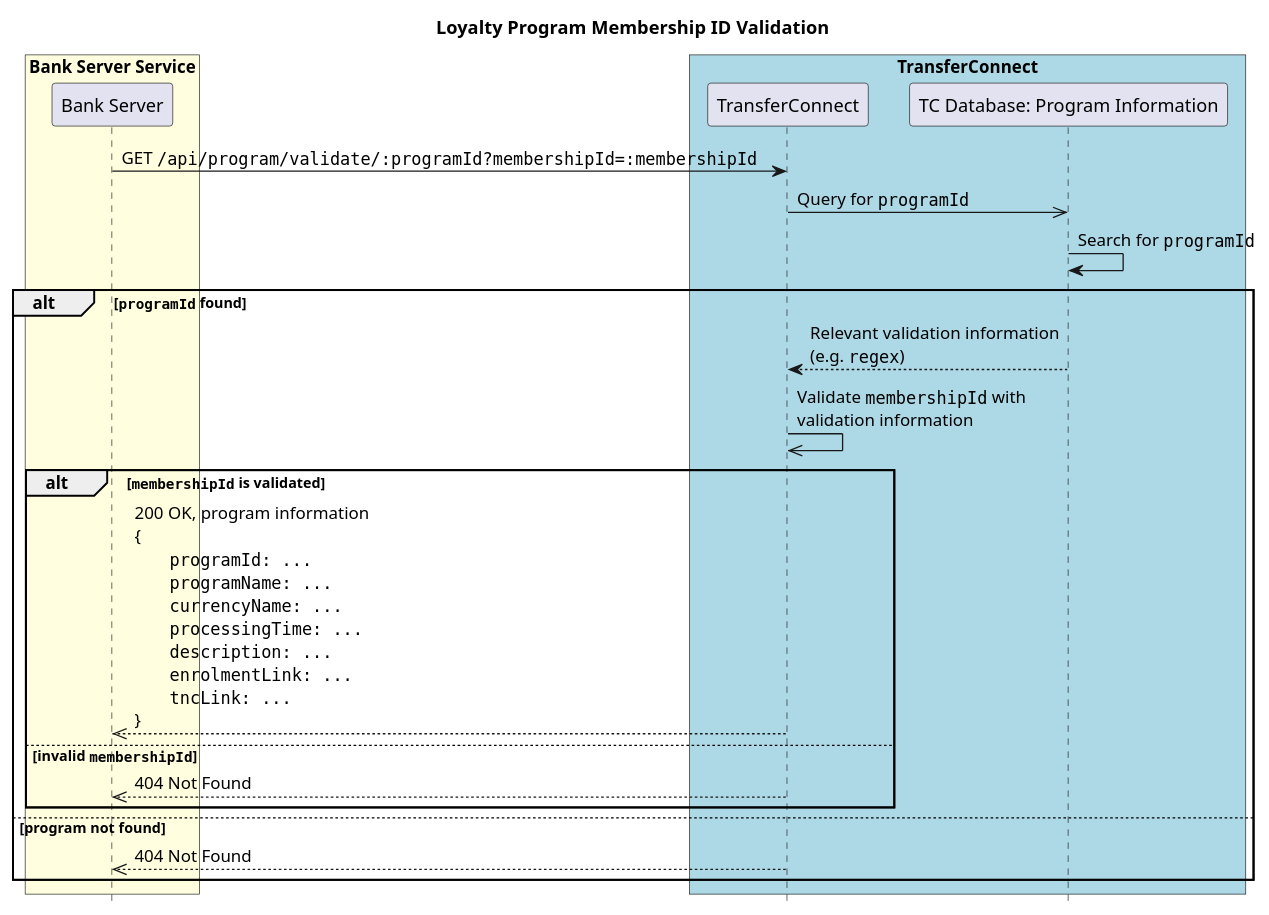
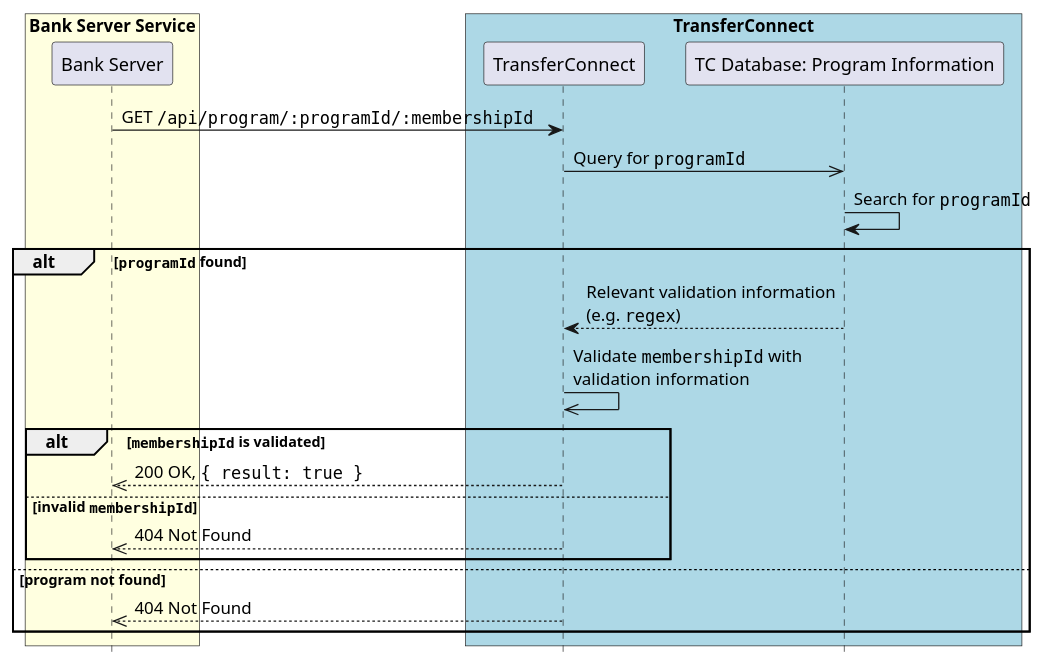
One commit to Rye123/esc-transferconnect changed the diagram in diagrams/program-id-validation.wsd. Above: the diagram before and after it, drawn with PlantUML. The commit also changed 8 other files, not shown here.

Commit message:
docs: update sequence diagrams

```diff
--- a/diagrams/program-id-validation.wsd
+++ b/diagrams/program-id-validation.wsd
@@ -1,32 +1,31 @@
 @startuml Loyalty Program Membership ID Validation
 skinparam ParticipantPadding 10
 skinparam BoxPadding 5
 
 hide footbox
-title **Loyalty Program Membership ID Validation**
 
 box "Bank Server Service" #LightYellow
   participant BankServer as "Bank Server"
 end box
 
 box "TransferConnect" #LightBlue
   participant TransferConnect as "TransferConnect"
   participant TCInfoDB as "TC Database: Program Information"
 end box
 
-BankServer -> TransferConnect: GET ""/api/program/validate/:programId?membershipId=:membershipId""
+BankServer -> TransferConnect: GET ""/api/program/:programId/:membershipId""
 TransferConnect ->> TCInfoDB: Query for ""programId""
 TCInfoDB -> TCInfoDB: Search for ""programId""
 alt ""programId"" found
     TransferConnect <-- TCInfoDB: Relevant validation information\n(e.g. ""regex"")
     TransferConnect ->> TransferConnect: Validate ""membershipId"" with\nvalidation information
     alt ""membershipId"" is validated
-        BankServer <<-- TransferConnect: 200 OK, program information\n{\n\t""programId: ...""\n\t""programName: ...""\n\t""currencyName: ...""\n\t""processingTime: ...""\n\t""description: ...""\n\t""enrolmentLink: ...""\n\t""tncLink: ...""\n}
+        BankServer <<-- TransferConnect: 200 OK, ""{ result: true }""
     else invalid ""membershipId""
         BankServer <<-- TransferConnect: 404 Not Found
     end
 else program not found
     BankServer <<-- TransferConnect: 404 Not Found
 end
 
 @enduml
```
